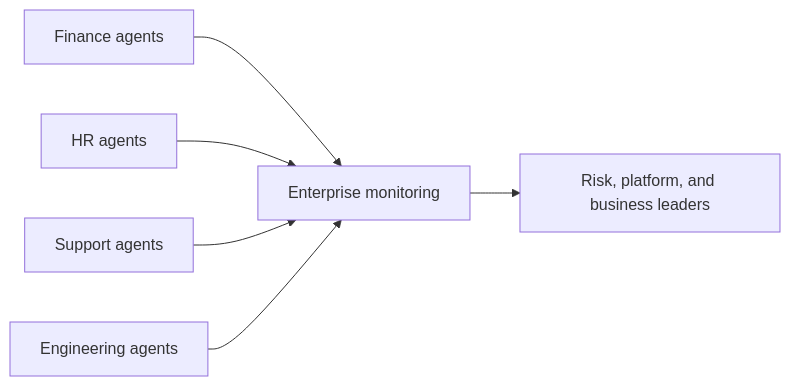
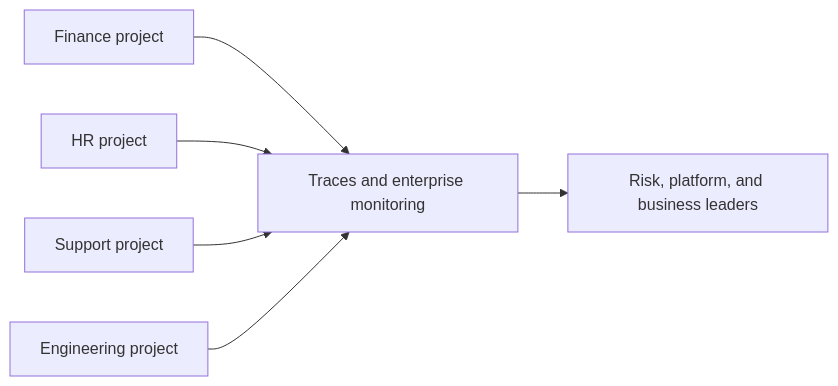
Before and after one commit to naren-allam/agents-beginners: the ninth of 13 diagrams in book/chapters/chapter-06-enterprise-adoption-of-agentic-ai.md, drawn with Mermaid. The commit also changed other lines of this file and 28 other files, not shown here.

````diff
--- a/book/chapters/chapter-06-enterprise-adoption-of-agentic-ai.md
+++ b/book/chapters/chapter-06-enterprise-adoption-of-agentic-ai.md
@@ -274,15 +297,15 @@
 ```mermaid
 flowchart LR
-    BU1["Finance agents"]
-    BU2["HR agents"]
-    BU3["Support agents"]
-    BU4["Engineering agents"]
-    Control["Enterprise monitoring"]
+    BU1["Finance project"]
+    BU2["HR project"]
+    BU3["Support project"]
+    BU4["Engineering project"]
+    Control["Traces and enterprise monitoring"]
     Leaders["Risk, platform, and business leaders"]
 
     BU1 --> Control
     BU2 --> Control
     BU3 --> Control
     BU4 --> Control
     Control --> Leaders
 ```
````
